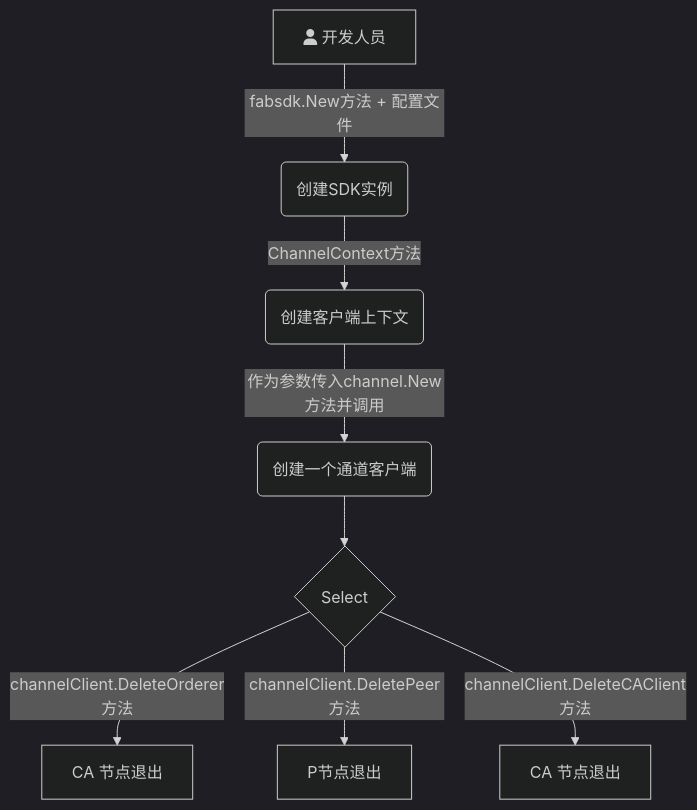
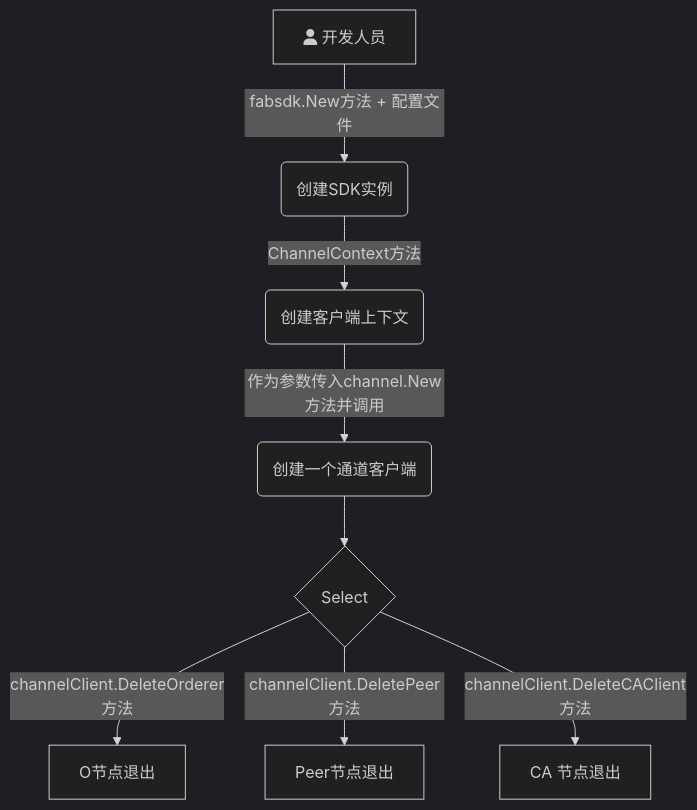
The diagram in all/未命名.md (Utekichan/iodraw-files), drawn with Mermaid (dark theme) before and after one commit.

Commit message:
2024-03-30 22:23:38 update

````diff
--- a/all/未命名.md
+++ b/all/未命名.md
@@ -1,11 +1,11 @@
 ```mermaid
 graph TD
     A[fa:fa-user 开发人员] -->|fabsdk.New方法 + 配置文件| B(创建SDK实例)
     B-->|ChannelContext方法| C(创建客户端上下文)
     C-->|作为参数传入channel.New方法并调用| D(创建一个通道客户端)
     D --> E{Select}
-    E -->|channelClient.DeleteOrderer方法| F[ CA 节点退出]
-    E -->|channelClient.DeletePeer方法| G[ P节点退出]
+    E -->|channelClient.DeleteOrderer方法| F[ O节点退出]
+    E -->|channelClient.DeletePeer方法| G[ Peer节点退出]
     E -->|channelClient.DeleteCAClient方法| H[ CA 节点退出]
   
 ```
````
